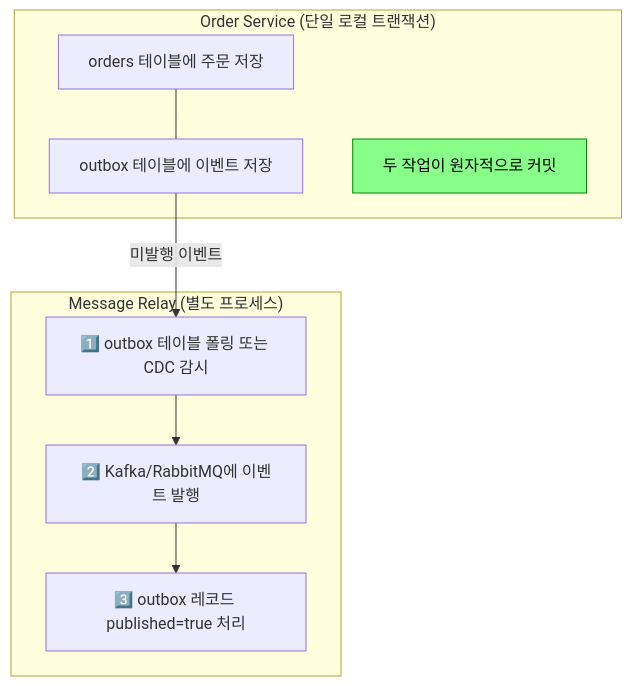
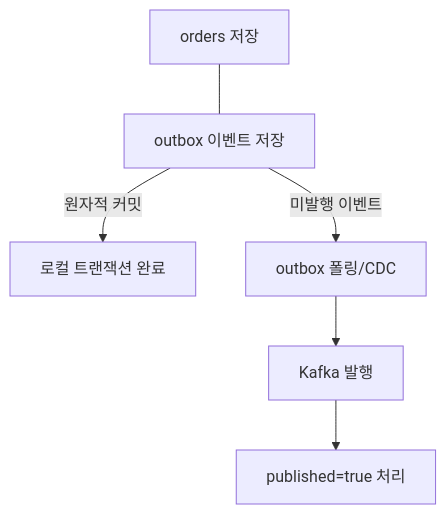
Before and after one commit to yjkim2015/yjkim2015.github.io: the seventh of 8 diagrams in _posts/spring/2026-05-01-distributed-transaction.md, drawn with Mermaid. The commit also changed other lines of this file and 215 other files, not shown here.

First line of the commit message:
신규 포스트 10개 추가 + Mermaid 전면 축소 + SystemDesign 시리즈 보강

````diff
--- a/_posts/spring/2026-05-01-distributed-transaction.md
+++ b/_posts/spring/2026-05-01-distributed-transaction.md
@@ -339,17 +307,8 @@
 ```mermaid
 graph TD
-    subgraph OS["Order Service (단일 로컬 트랜잭션)"]
-        T1["orders 테이블에 주문 저장"]
-        T2["outbox 테이블에 이벤트 저장"]
-        T1 --- T2
-        NOTE["두 작업이 원자적으로 커밋"]
-    end
-    subgraph RELAY["Message Relay (별도 프로세스)"]
-        P["1️⃣ outbox 테이블 폴링 또는 CDC 감시"]
-        PUB["2️⃣ Kafka/RabbitMQ에 이벤트 발행"]
-        DEL["3️⃣ outbox 레코드 published=true 처리"]
-        P --> PUB --> DEL
-    end
-    T2 -->|"미발행 이벤트"| P
-    style NOTE fill:#8f8,stroke:#080,color:#000
+    T1["orders 저장"] --- T2["outbox 이벤트 저장"]
+    T2 -->|원자적 커밋| NOTE["로컬 트랜잭션 완료"]
+    T2 -->|미발행 이벤트| P["outbox 폴링/CDC"]
+    P --> PUB["Kafka 발행"]
+    PUB --> DEL["published=true 처리"]
 ```
````
